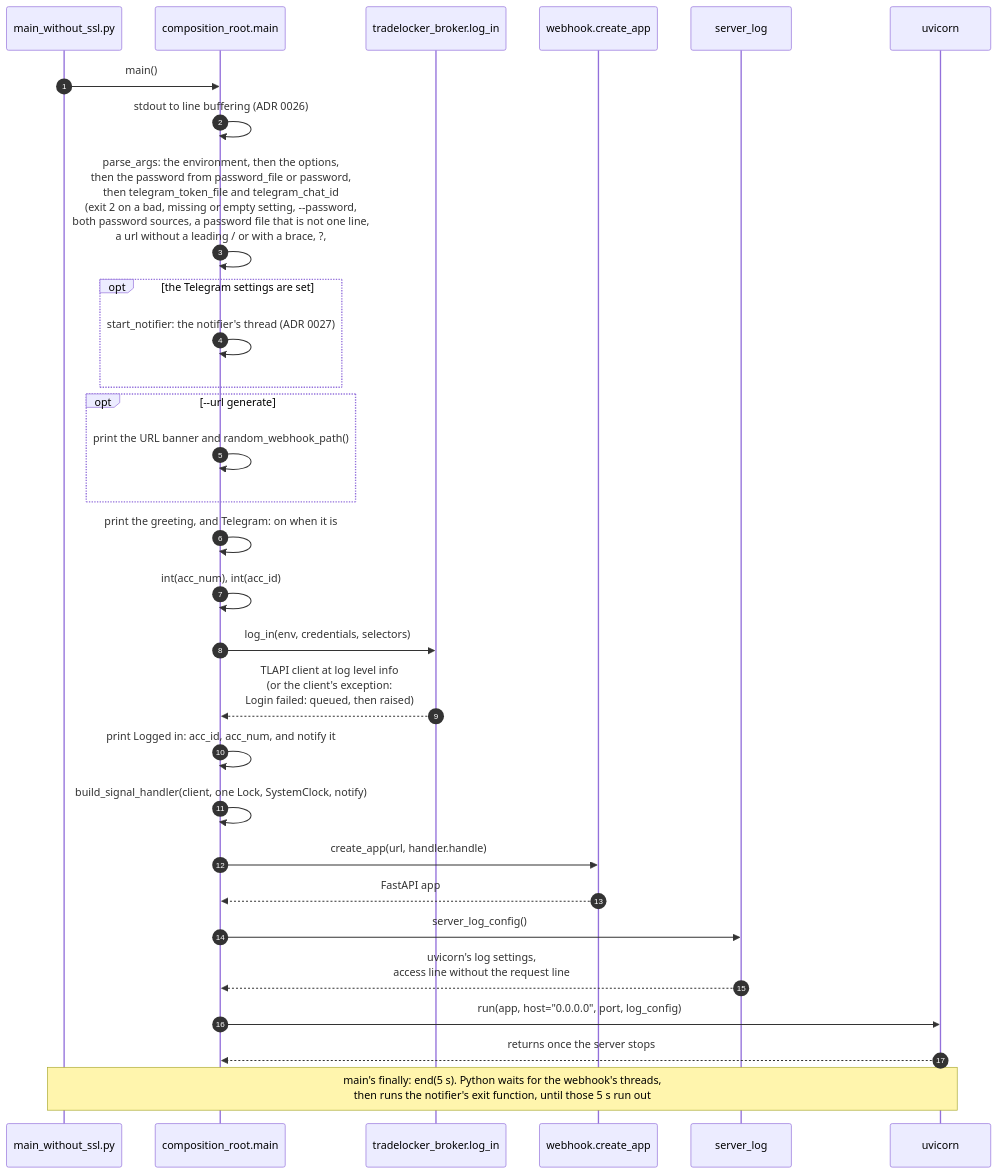
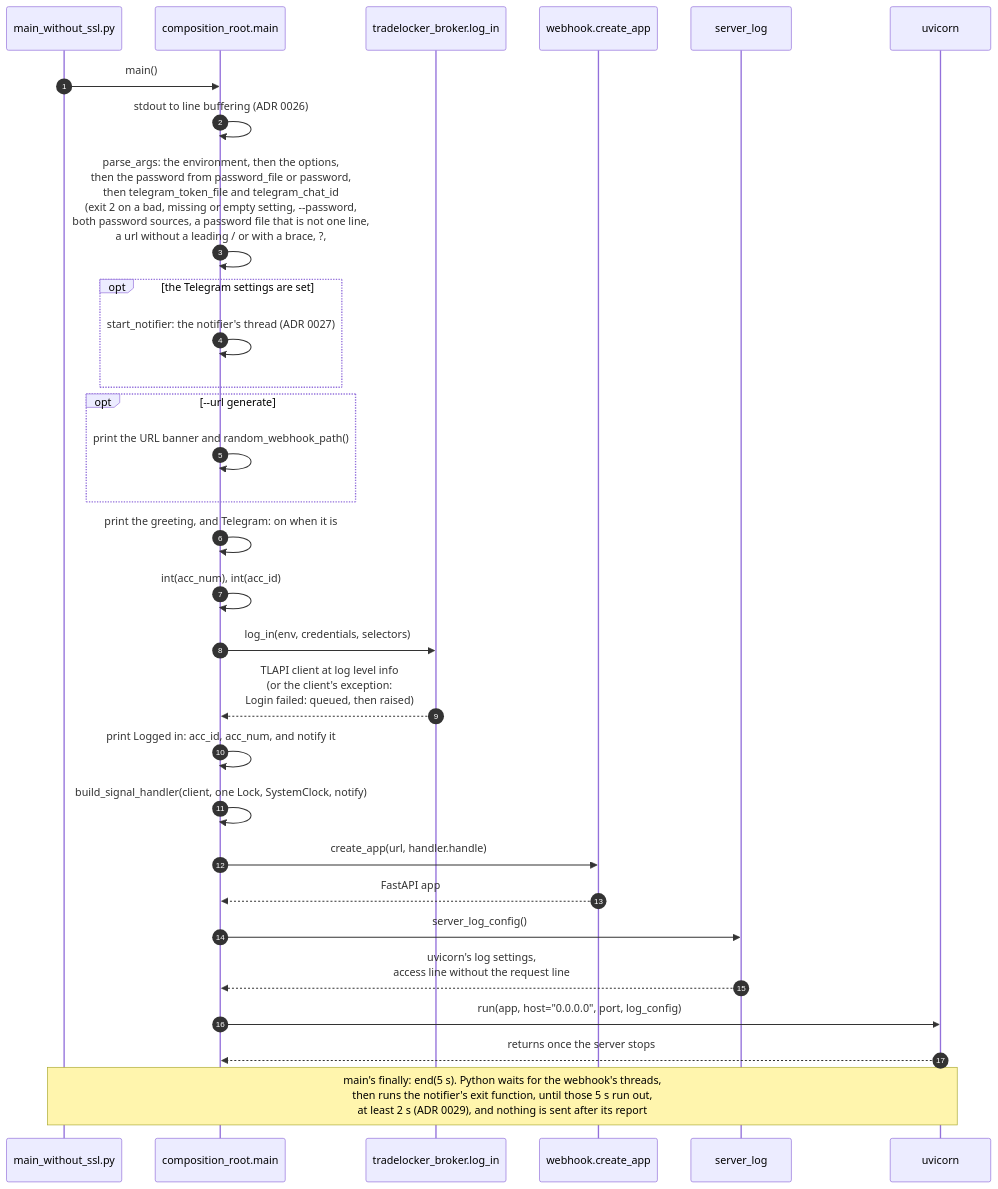
The second of 6 diagrams in docs/architecture.md (Akinzou/TradeLockerBot), drawn with Mermaid before and after one commit. The commit also changed other lines of this file and 4 other files, not shown here.

First line of the commit message:
docs: ADR 0029 for the notifier's stop and dropped count; step 6q done

````diff
--- a/docs/architecture.md
+++ b/docs/architecture.md
@@ -106,32 +106,32 @@
 ```mermaid
 sequenceDiagram
     autonumber
     participant EP as main_without_ssl.py
     participant CR as composition_root.main
     participant TB as tradelocker_broker.log_in
     participant WH as webhook.create_app
     participant SL as server_log
     participant U as uvicorn
     EP->>CR: main()
     CR->>CR: stdout to line buffering (ADR 0026)
     CR->>CR: parse_args: the environment, then the options,<br/>then the password from password_file or password,<br/>then telegram_token_file and telegram_chat_id<br/>(exit 2 on a bad, missing or empty setting, --password,<br/>both password sources, a password file that is not one line,<br/>a url without a leading / or with a brace, ?, # or %,<br/>one Telegram setting alone, a file with no bot token, a bad chat id)
     opt the Telegram settings are set
         CR->>CR: start_notifier: the notifier's thread (ADR 0027)
     end
     opt --url generate
         CR->>CR: print the URL banner and random_webhook_path()
     end
     CR->>CR: print the greeting, and Telegram: on when it is
     CR->>CR: int(acc_num), int(acc_id)
     CR->>TB: log_in(env, credentials, selectors)
     TB-->>CR: TLAPI client at log level info<br/>(or the client's exception:<br/>Login failed: queued, then raised)
     CR->>CR: print Logged in: acc_id, acc_num, and notify it
     CR->>CR: build_signal_handler(client, one Lock, SystemClock, notify)
     CR->>WH: create_app(url, handler.handle)
     WH-->>CR: FastAPI app
     CR->>SL: server_log_config()
     SL-->>CR: uvicorn's log settings,<br/>access line without the request line
     CR->>U: run(app, host="0.0.0.0", port, log_config)
     U-->>CR: returns once the server stops
-    Note over EP,U: main's finally: end(5 s). Python waits for the webhook's threads,<br/>then runs the notifier's exit function, until those 5 s run out
+    Note over EP,U: main's finally: end(5 s). Python waits for the webhook's threads,<br/>then runs the notifier's exit function, until those 5 s run out,<br/>at least 2 s (ADR 0029), and nothing is sent after its report
 ```
````
